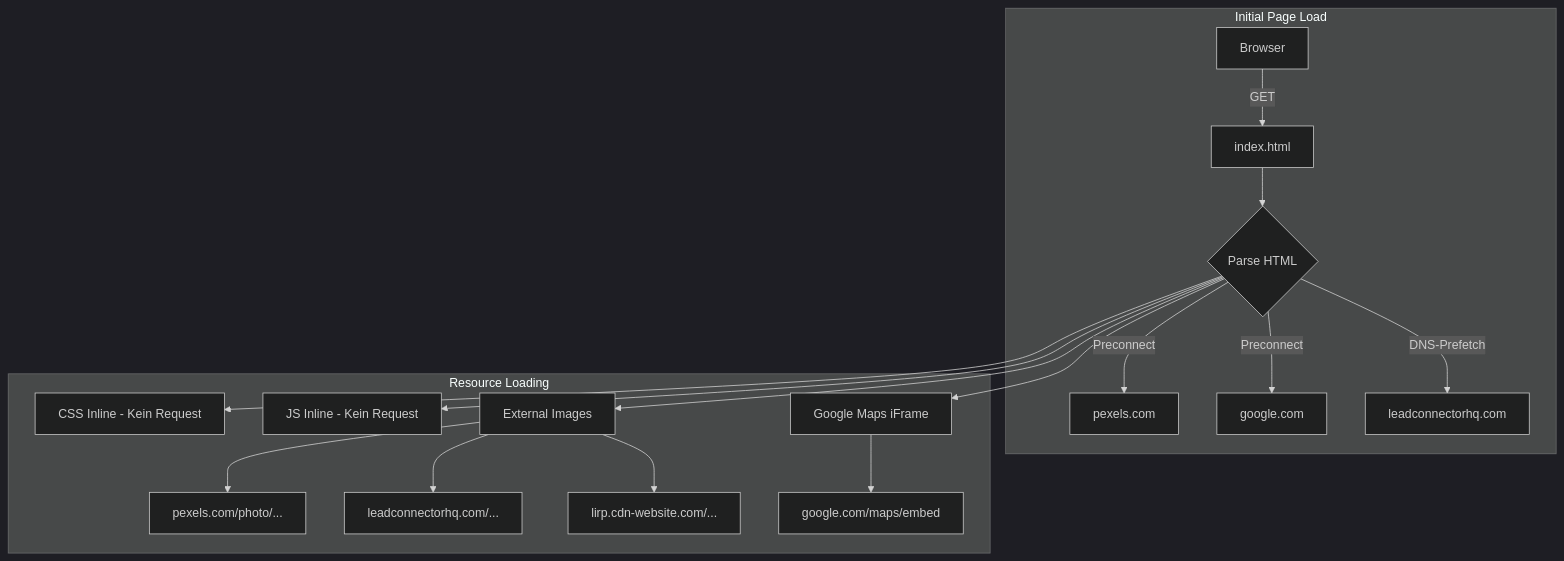
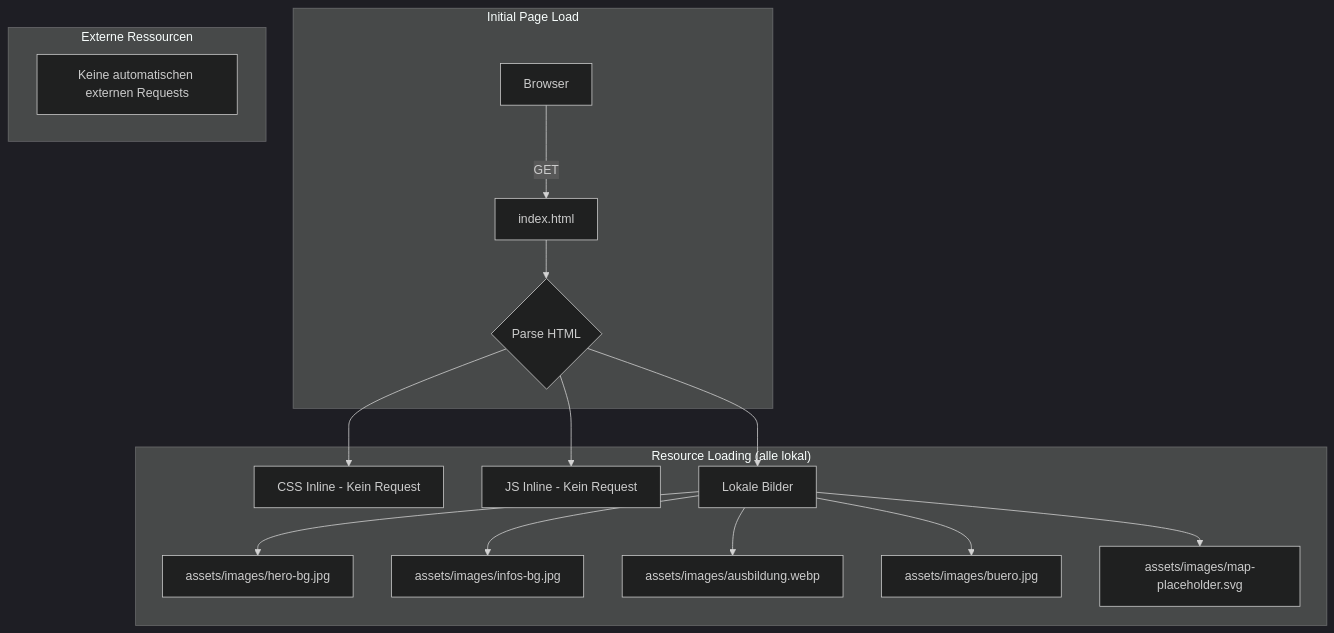
Before and after one commit to Acephali92/Fahrschule: the fourth of 4 diagrams in ARCHITECTURE.md, drawn with Mermaid (dark theme). The commit also changed other lines of this file and 2 other files, not shown here.

First line of the commit message:
docs: add audit results and update architecture diagrams

````diff
--- a/ARCHITECTURE.md
+++ b/ARCHITECTURE.md
@@ -166,21 +176,22 @@
 ```mermaid
 flowchart TB
     subgraph "Initial Page Load"
         A[Browser] -->|GET| B[index.html]
         B --> C{Parse HTML}
-        C -->|Preconnect| D[pexels.com]
-        C -->|Preconnect| E[google.com]
-        C -->|DNS-Prefetch| F[leadconnectorhq.com]
     end
 
-    subgraph "Resource Loading"
+    subgraph "Resource Loading (alle lokal)"
         C --> G[CSS Inline - Kein Request]
         C --> H[JS Inline - Kein Request]
-        C --> I[External Images]
-        I --> I1[pexels.com/photo/...]
-        I --> I2[leadconnectorhq.com/...]
-        I --> I3[lirp.cdn-website.com/...]
-        C --> J[Google Maps iFrame]
-        J --> J1[google.com/maps/embed]
+        C --> I[Lokale Bilder]
+        I --> I1[assets/images/hero-bg.jpg]
+        I --> I2[assets/images/infos-bg.jpg]
+        I --> I3[assets/images/ausbildung.webp]
+        I --> I4[assets/images/buero.jpg]
+        I --> I5[assets/images/map-placeholder.svg]
+    end
+
+    subgraph "Externe Ressourcen"
+        X[Keine automatischen externen Requests]
     end
 ```
````
